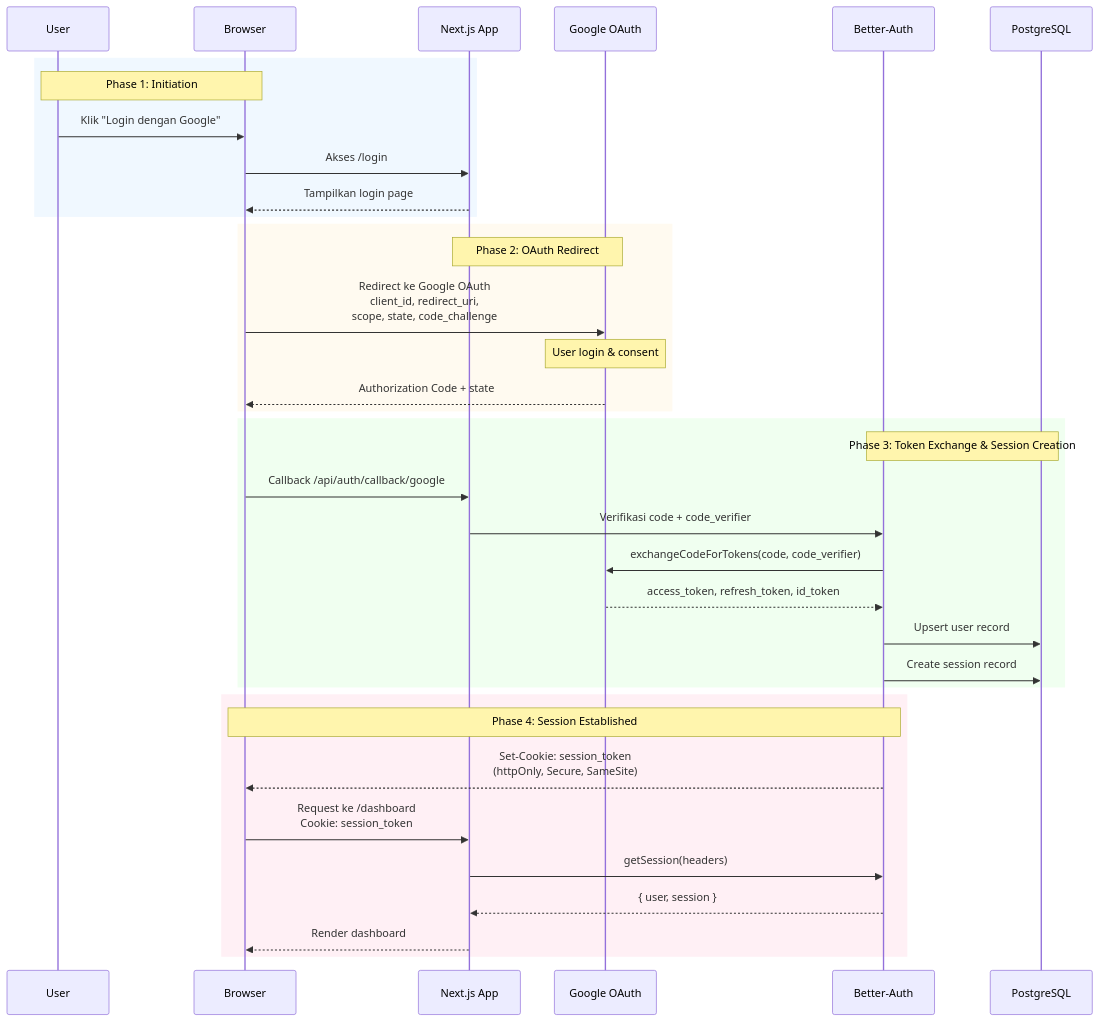
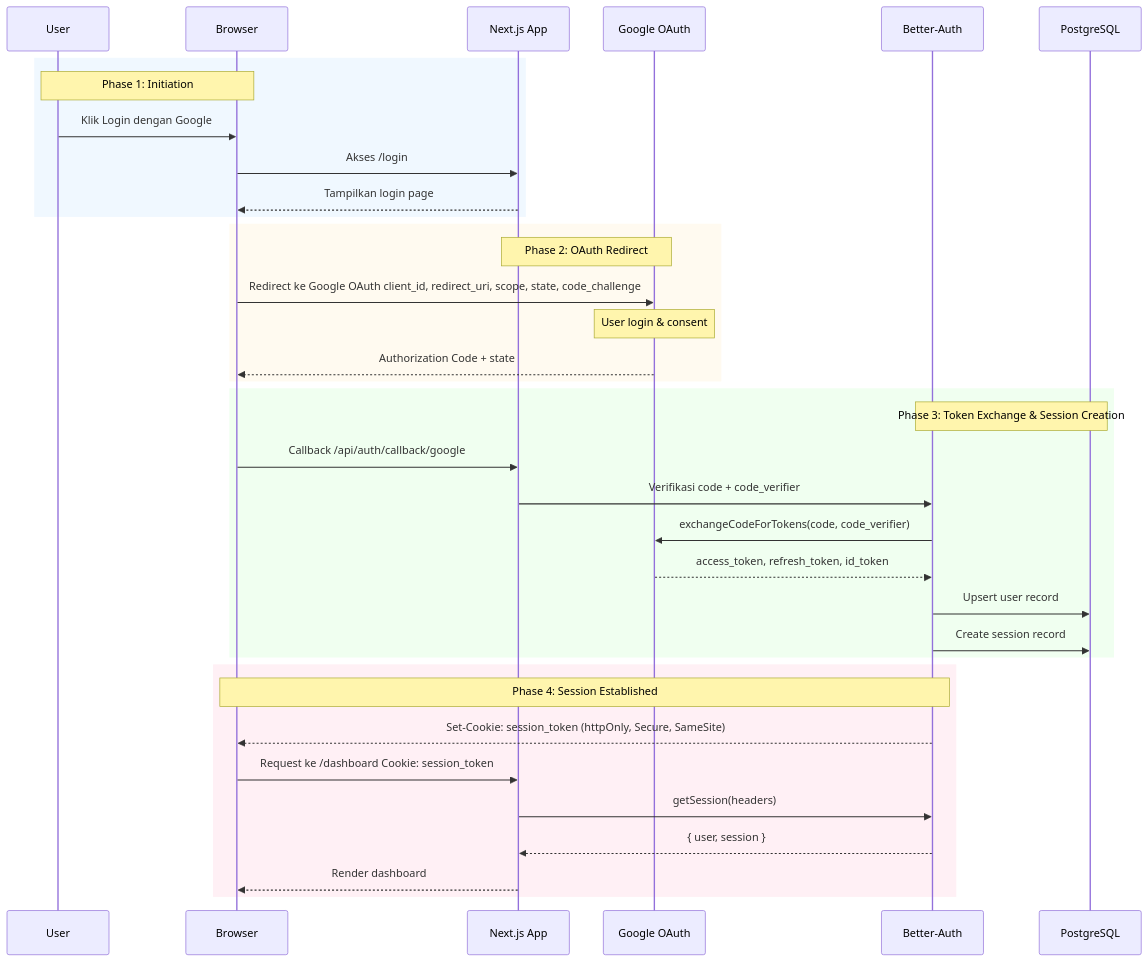
The second of 18 diagrams in README.md (PKPL-Pusing-Kurang-Paham-Lurr/tk-2), drawn with Mermaid before and after one commit. The commit also changed other lines of this file, not shown here.

````diff
--- a/README.md
+++ b/README.md
@@ -120,42 +120,42 @@
 ```mermaid
 sequenceDiagram
     participant U as User
     participant B as Browser
     participant N as Next.js App
     participant G as Google OAuth
     participant A as Better-Auth
     participant DB as PostgreSQL
 
     rect rgb(240, 248, 255)
         Note over U,B: Phase 1: Initiation
-        U->>B: Klik "Login dengan Google"
+        U->>B: Klik Login dengan Google
         B->>N: Akses /login
         N-->>B: Tampilkan login page
     end
 
     rect rgb(255, 250, 240)
         Note over G,N: Phase 2: OAuth Redirect
-        B->>G: Redirect ke Google OAuth<br/>client_id, redirect_uri,<br/>scope, state, code_challenge
+        B->>G: Redirect ke Google OAuth client_id, redirect_uri, scope, state, code_challenge
         Note over G: User login & consent
         G-->>B: Authorization Code + state
     end
 
     rect rgb(240, 255, 240)
         Note over A,DB: Phase 3: Token Exchange & Session Creation
         B->>N: Callback /api/auth/callback/google
         N->>A: Verifikasi code + code_verifier
         A->>G: exchangeCodeForTokens(code, code_verifier)
         G-->>A: access_token, refresh_token, id_token
         A->>DB: Upsert user record
         A->>DB: Create session record
     end
 
     rect rgb(255, 240, 245)
         Note over A,B: Phase 4: Session Established
-        A-->>B: Set-Cookie: session_token<br/>(httpOnly, Secure, SameSite)
-        B->>N: Request ke /dashboard<br/>Cookie: session_token
+        A-->>B: Set-Cookie: session_token (httpOnly, Secure, SameSite)
+        B->>N: Request ke /dashboard Cookie: session_token
         N->>A: getSession(headers)
         A-->>N: { user, session }
         N-->>B: Render dashboard
     end
 ```
````
